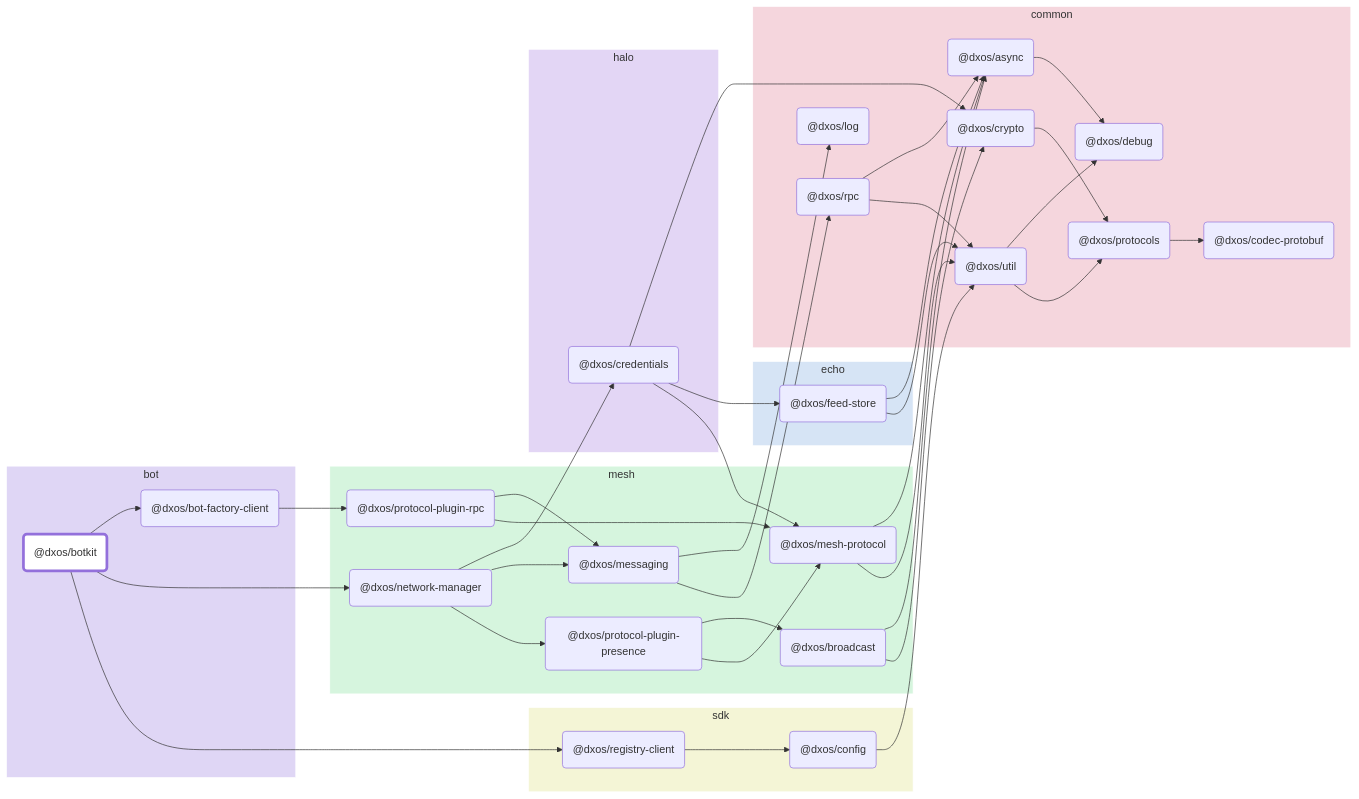
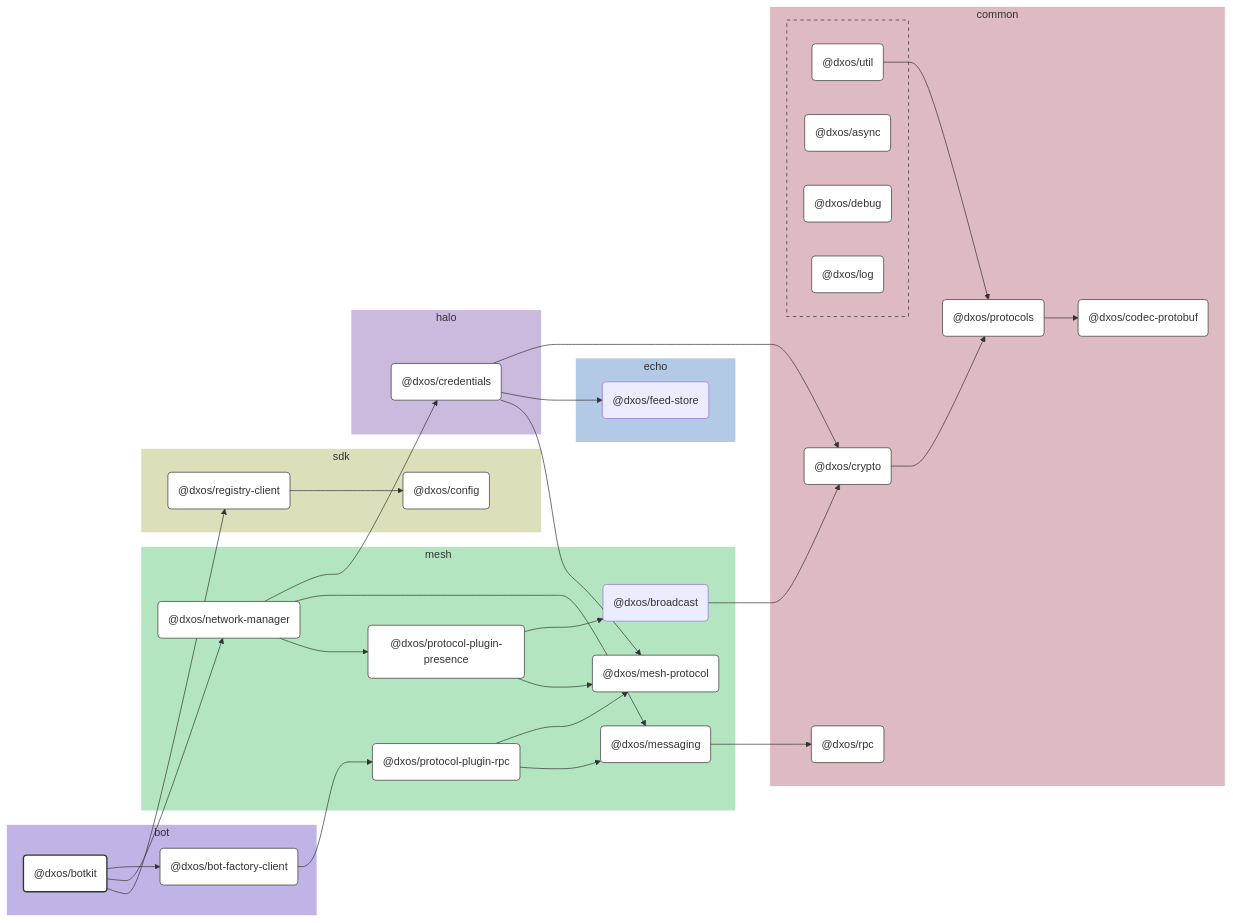
Before and after one commit to dxos/dxos: the diagram in packages/bot/botkit/docs/README.md, drawn with Mermaid. The commit also changed 100 other files, not shown here.

````diff
--- a/packages/bot/botkit/docs/README.md
+++ b/packages/bot/botkit/docs/README.md
@@ -7,99 +7,128 @@
 ```mermaid
-flowchart LR;
+%%{ init: {'flowchart':{'curve':'basis'}} }%%
 
-style dxos/botkit fill:#fff,stroke-width:4px;
+flowchart LR
 
-click dxos/bot-factory-client "https:/github.com/dxos/dxos/tree/main/packages/bot/bot-factory-client/docs";
-click dxos/async "https:/github.com/dxos/dxos/tree/main/packages/common/async/docs";
-click dxos/codec-protobuf "https:/github.com/dxos/dxos/tree/main/packages/common/codec-protobuf/docs";
-click dxos/protocol-plugin-rpc "https:/github.com/dxos/dxos/tree/main/packages/mesh/protocol-plugin-rpc/docs";
-click dxos/protocols "https:/github.com/dxos/dxos/tree/main/packages/common/protocols/docs";
-click dxos/rpc "https:/github.com/dxos/dxos/tree/main/packages/common/rpc/docs";
-click dxos/config "https:/github.com/dxos/dxos/tree/main/packages/sdk/config/docs";
-click dxos/debug "https:/github.com/dxos/dxos/tree/main/packages/common/debug/docs";
-click dxos/util "https:/github.com/dxos/dxos/tree/main/packages/common/util/docs";
-click dxos/crypto "https:/github.com/dxos/dxos/tree/main/packages/common/crypto/docs";
-click dxos/network-manager "https:/github.com/dxos/dxos/tree/main/packages/mesh/network-manager/docs";
-click dxos/credentials "https:/github.com/dxos/dxos/tree/main/packages/halo/credentials/docs";
-click dxos/log "https:/github.com/dxos/dxos/tree/main/packages/common/log/docs";
-click dxos/mesh-protocol "https:/github.com/dxos/dxos/tree/main/packages/mesh/mesh-protocol/docs";
-click dxos/messaging "https:/github.com/dxos/dxos/tree/main/packages/mesh/messaging/docs";
-click dxos/protocol-plugin-presence "https:/github.com/dxos/dxos/tree/main/packages/mesh/protocol-plugin-presence/docs";
-click dxos/registry-client "https:/github.com/dxos/dxos/tree/main/packages/sdk/registry-client/docs";
+%% Links
+dxos/bot-factory-client --> dxos/protocol-plugin-rpc;
+dxos/botkit --> dxos/bot-factory-client;
+dxos/botkit --> dxos/network-manager;
+dxos/botkit --> dxos/registry-client;
+dxos/broadcast --> dxos/crypto;
+dxos/credentials --> dxos/crypto;
+dxos/credentials --> dxos/feed-store;
+dxos/credentials --> dxos/mesh-protocol;
+dxos/crypto --> dxos/protocols;
+dxos/messaging --> dxos/rpc;
+dxos/network-manager --> dxos/credentials;
+dxos/network-manager --> dxos/messaging;
+dxos/network-manager --> dxos/protocol-plugin-presence;
+dxos/protocol-plugin-presence --> dxos/broadcast;
+dxos/protocol-plugin-presence --> dxos/mesh-protocol;
+dxos/protocol-plugin-rpc --> dxos/mesh-protocol;
+dxos/protocol-plugin-rpc --> dxos/messaging;
+dxos/protocols --> dxos/codec-protobuf;
+dxos/registry-client --> dxos/config;
+dxos/util --> dxos/protocols;
 
+%% Sections
 subgraph bot
-  style bot fill:#dfd6f5,stroke:#fff;
-  dxos/botkit("@dxos/botkit");
-  dxos/bot-factory-client("@dxos/bot-factory-client");
+  style bot fill:#c2b3e6,stroke:#fff;
+
+  dxos/bot-factory-client("@dxos/bot-factory-client")
+  dxos/botkit("@dxos/botkit")
 end
 
 subgraph common
-  style common fill:#f5d6dd,stroke:#fff;
-  dxos/async("@dxos/async");
-  dxos/debug("@dxos/debug");
-  dxos/codec-protobuf("@dxos/codec-protobuf");
-  dxos/log("@dxos/log");
-  dxos/protocols("@dxos/protocols");
-  dxos/rpc("@dxos/rpc");
-  dxos/util("@dxos/util");
-  dxos/crypto("@dxos/crypto");
+  style common fill:#debac2,stroke:#fff;
+
+  dxos/codec-protobuf("@dxos/codec-protobuf")
+  dxos/crypto("@dxos/crypto")
+  dxos/protocols("@dxos/protocols")
+  dxos/rpc("@dxos/rpc")
+
+  subgraph common-excluded [ ]
+    style common-excluded fill:#debac2,stroke:#333,stroke-dasharray:5 5;
+
+    dxos/async("@dxos/async")
+    dxos/debug("@dxos/debug")
+    dxos/log("@dxos/log")
+    dxos/util("@dxos/util")
+  end
 end
 
 subgraph mesh
-  style mesh fill:#d6f5de,stroke:#fff;
-  dxos/protocol-plugin-rpc("@dxos/protocol-plugin-rpc");
-  dxos/messaging("@dxos/messaging");
-  dxos/mesh-protocol("@dxos/mesh-protocol");
-  dxos/network-manager("@dxos/network-manager");
-  dxos/protocol-plugin-presence("@dxos/protocol-plugin-presence");
-  dxos/broadcast("@dxos/broadcast");
+  style mesh fill:#b3e6c0,stroke:#fff;
+
+  dxos/broadcast("@dxos/broadcast")
+  dxos/mesh-protocol("@dxos/mesh-protocol")
+  dxos/messaging("@dxos/messaging")
+  dxos/network-manager("@dxos/network-manager")
+  dxos/protocol-plugin-presence("@dxos/protocol-plugin-presence")
+  dxos/protocol-plugin-rpc("@dxos/protocol-plugin-rpc")
 end
 
 subgraph sdk
-  style sdk fill:#f4f5d6,stroke:#fff;
-  dxos/config("@dxos/config");
-  dxos/registry-client("@dxos/registry-client");
+  style sdk fill:#dddeba,stroke:#fff;
+
+  dxos/config("@dxos/config")
+  dxos/registry-client("@dxos/registry-client")
 end
 
 subgraph halo
-  style halo fill:#e3d6f5,stroke:#fff;
-  dxos/credentials("@dxos/credentials");
+  style halo fill:#cabade,stroke:#fff;
+
+  dxos/credentials("@dxos/credentials")
 end
 
 subgraph echo
-  style echo fill:#d6e4f5,stroke:#fff;
-  dxos/feed-store("@dxos/feed-store");
+  style echo fill:#b3cae6,stroke:#fff;
+
+  dxos/feed-store("@dxos/feed-store")
 end
 
-dxos/botkit --> dxos/bot-factory-client;
-dxos/async --> dxos/debug;
-dxos/bot-factory-client --> dxos/protocol-plugin-rpc;
-dxos/protocol-plugin-rpc --> dxos/messaging;
-dxos/messaging --> dxos/log;
-dxos/protocols --> dxos/codec-protobuf;
-dxos/messaging --> dxos/rpc;
-dxos/rpc --> dxos/async;
-dxos/rpc --> dxos/util;
-dxos/util --> dxos/debug;
-dxos/util --> dxos/protocols;
-dxos/protocol-plugin-rpc --> dxos/mesh-protocol;
-dxos/mesh-protocol --> dxos/async;
-dxos/mesh-protocol --> dxos/util;
-dxos/config --> dxos/util;
-dxos/crypto --> dxos/protocols;
-dxos/botkit --> dxos/network-manager;
-dxos/network-manager --> dxos/credentials;
-dxos/credentials --> dxos/crypto;
-dxos/credentials --> dxos/feed-store;
-dxos/feed-store --> dxos/async;
-dxos/feed-store --> dxos/util;
-dxos/credentials --> dxos/mesh-protocol;
-dxos/network-manager --> dxos/messaging;
-dxos/network-manager --> dxos/protocol-plugin-presence;
-dxos/protocol-plugin-presence --> dxos/broadcast;
-dxos/broadcast --> dxos/async;
-dxos/broadcast --> dxos/crypto;
-dxos/protocol-plugin-presence --> dxos/mesh-protocol;
-dxos/botkit --> dxos/registry-client;
-dxos/registry-client --> dxos/config;
+
+%% Hyperlinks
+click dxos/async href "https:/github.com/dxos/dxos/tree/main/packages/common/async/docs";
+click dxos/bot-factory-client href "https:/github.com/dxos/dxos/tree/main/packages/bot/bot-factory-client/docs";
+click dxos/codec-protobuf href "https:/github.com/dxos/dxos/tree/main/packages/common/codec-protobuf/docs";
+click dxos/config href "https:/github.com/dxos/dxos/tree/main/packages/sdk/config/docs";
+click dxos/credentials href "https:/github.com/dxos/dxos/tree/main/packages/halo/credentials/docs";
+click dxos/crypto href "https:/github.com/dxos/dxos/tree/main/packages/common/crypto/docs";
+click dxos/debug href "https:/github.com/dxos/dxos/tree/main/packages/common/debug/docs";
+click dxos/log href "https:/github.com/dxos/dxos/tree/main/packages/common/log/docs";
+click dxos/mesh-protocol href "https:/github.com/dxos/dxos/tree/main/packages/mesh/mesh-protocol/docs";
+click dxos/messaging href "https:/github.com/dxos/dxos/tree/main/packages/mesh/messaging/docs";
+click dxos/network-manager href "https:/github.com/dxos/dxos/tree/main/packages/mesh/network-manager/docs";
+click dxos/protocol-plugin-presence href "https:/github.com/dxos/dxos/tree/main/packages/mesh/protocol-plugin-presence/docs";
+click dxos/protocol-plugin-rpc href "https:/github.com/dxos/dxos/tree/main/packages/mesh/protocol-plugin-rpc/docs";
+click dxos/protocols href "https:/github.com/dxos/dxos/tree/main/packages/common/protocols/docs";
+click dxos/registry-client href "https:/github.com/dxos/dxos/tree/main/packages/sdk/registry-client/docs";
+click dxos/rpc href "https:/github.com/dxos/dxos/tree/main/packages/common/rpc/docs";
+click dxos/util href "https:/github.com/dxos/dxos/tree/main/packages/common/util/docs";
+
+%% Styles
+classDef rootNode fill:#fff,stroke:#333,stroke-width:2px
+classDef defaultNode fill:#fff,stroke:#333,stroke-width:1px
+linkStyle default stroke:#333,stroke-width:1px
+
+dxos/botkit:::rootNode
+
+dxos/async:::defaultNode
+dxos/bot-factory-client:::defaultNode
+dxos/codec-protobuf:::defaultNode
+dxos/config:::defaultNode
+dxos/credentials:::defaultNode
+dxos/crypto:::defaultNode
+dxos/debug:::defaultNode
+dxos/log:::defaultNode
+dxos/mesh-protocol:::defaultNode
+dxos/messaging:::defaultNode
+dxos/network-manager:::defaultNode
+dxos/protocol-plugin-presence:::defaultNode
+dxos/protocol-plugin-rpc:::defaultNode
+dxos/protocols:::defaultNode
+dxos/registry-client:::defaultNode
+dxos/rpc:::defaultNode
+dxos/util:::defaultNode
 ```
````
